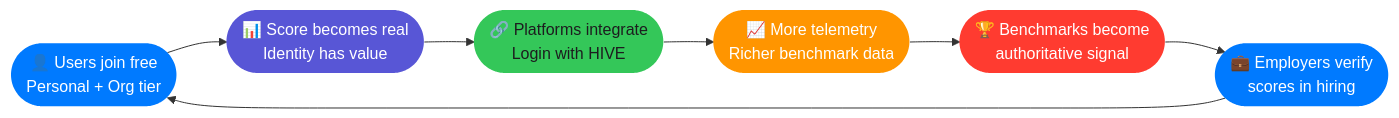
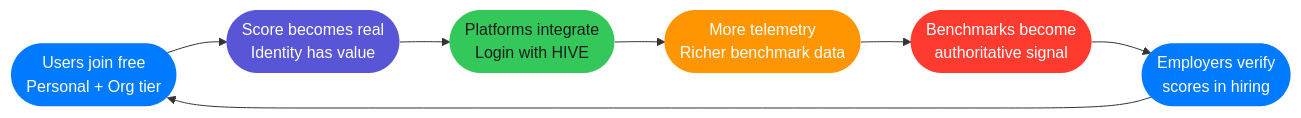
One commit to vishalm/hivehq changed the first of 9 diagrams in docs/business-model.md. Above: the diagram before and after it, drawn with Mermaid. The commit also changed other lines of this file and 6 other files, not shown here.

````diff
--- a/docs/business-model.md
+++ b/docs/business-model.md
@@ -18,18 +18,18 @@
 ```mermaid
 flowchart LR
-    A(["👤 Users join free\nPersonal + Org tier"])
-    B(["📊 Score becomes real\nIdentity has value"])
-    C(["🔗 Platforms integrate\nLogin with HIVE"])
-    D(["📈 More telemetry\nRicher benchmark data"])
-    E(["🏆 Benchmarks become\nauthoritative signal"])
-    F(["💼 Employers verify\nscores in hiring"])
+    A(["Users join free\nPersonal + Org tier"])
+    B(["Score becomes real\nIdentity has value"])
+    C(["Platforms integrate\nLogin with HIVE"])
+    D(["More telemetry\nRicher benchmark data"])
+    E(["Benchmarks become\nauthoritative signal"])
+    F(["Employers verify\nscores in hiring"])
 
     A --> B --> C --> D --> E --> F --> A
 
     style A fill:#007AFF,color:#fff,stroke:none
     style B fill:#5856D6,color:#fff,stroke:none
     style C fill:#34C759,color:#1D1D1F,stroke:none
     style D fill:#FF9500,color:#fff,stroke:none
     style E fill:#FF3B30,color:#fff,stroke:none
     style F fill:#007AFF,color:#fff,stroke:none
 ```
````
